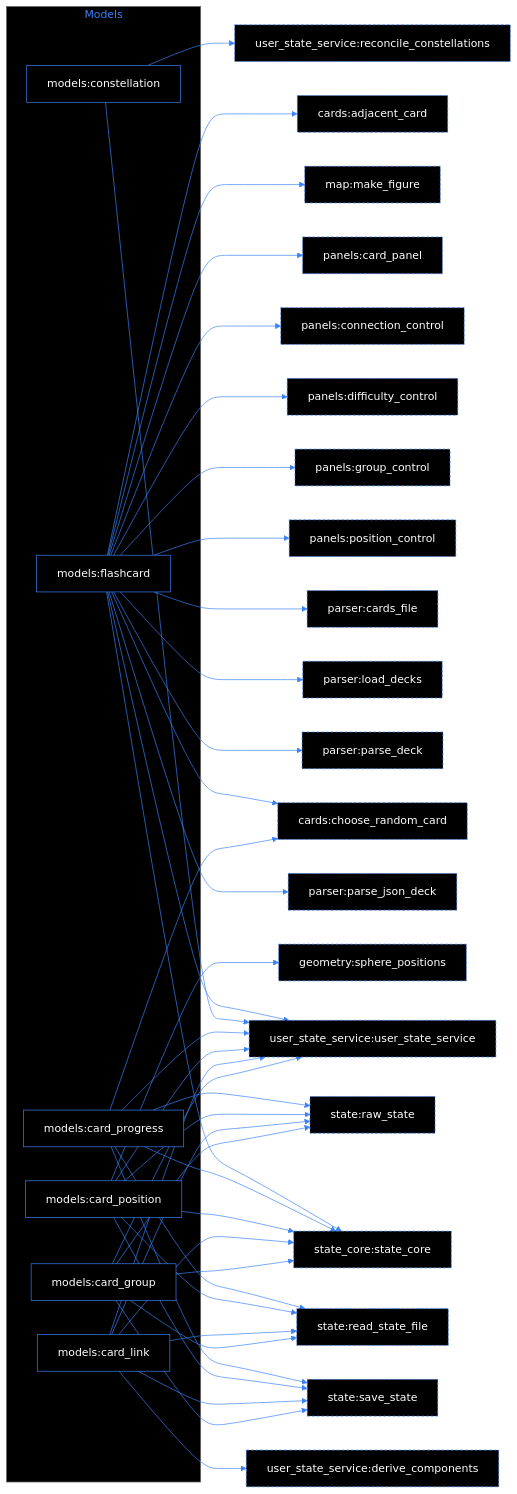
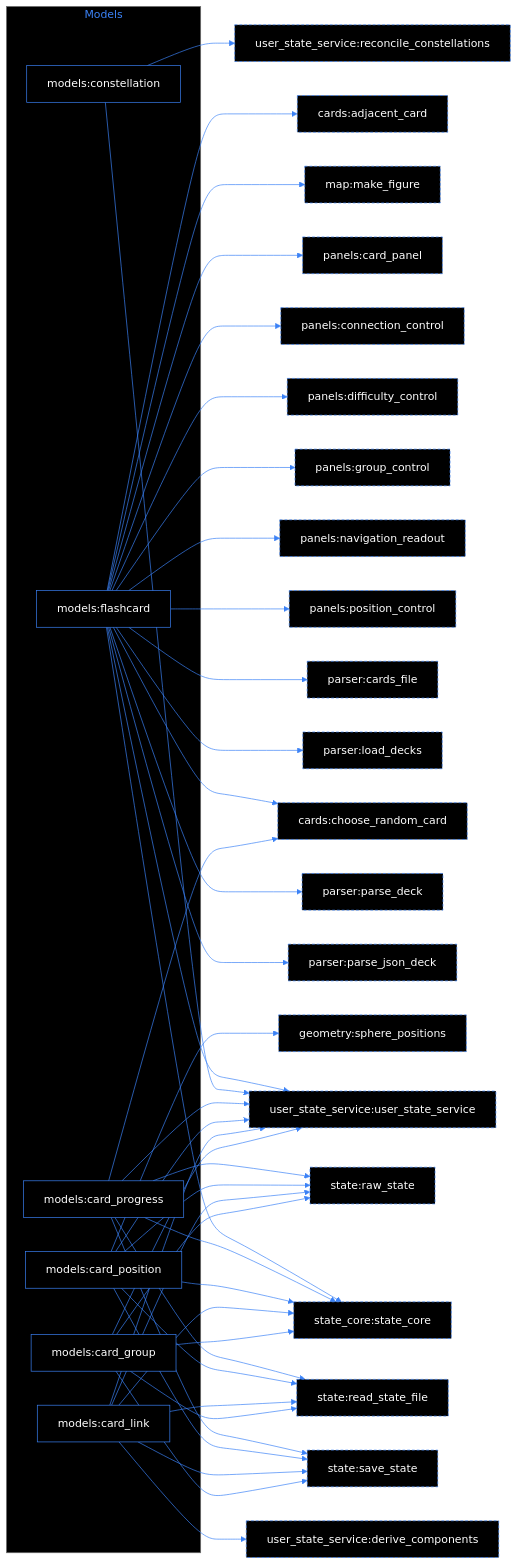
Before and after one commit to ArtjomAdamow/Fennelkernel-flashcards: the ninth of 10 diagrams in INDEX.md, drawn with Mermaid (neutral theme). The commit also changed other lines of this file and 40 other files, not shown here.

````diff
--- a/INDEX.md
+++ b/INDEX.md
@@ -866,77 +894,79 @@
 ```mermaid
 graph LR
     %% arrow A --> B: B uses A; dashed = component of another section
     %% dashed arrow A -.-> B: transitive relation (data flow through module-level variables)
     classDef ext stroke: #3b82f6,stroke-dasharray: 4 3
     linkStyle default stroke: #3b82f6, color: #3b82f6
     classDef default fill: #000000ff, stroke: #3b82f6, color: #ffffffff
 
     subgraph sg_section_7["Models"]
         n_models_constellation["models:constellation"]
         n_models_flashcard["models:flashcard"]
         n_models_card_position["models:card_position"]
         n_models_card_progress["models:card_progress"]
         n_models_card_group["models:card_group"]
         n_models_card_link["models:card_link"]
     end
     style sg_section_7 color: #3b82f6, fill: #000000ff
     n_cards_adjacent_card["cards:adjacent_card"]:::ext
     n_cards_choose_random_card["cards:choose_random_card"]:::ext
     n_geometry_sphere_positions["geometry:sphere_positions"]:::ext
     n_map_make_figure["map:make_figure"]:::ext
     n_panels_card_panel["panels:card_panel"]:::ext
     n_panels_connection_control["panels:connection_control"]:::ext
     n_panels_difficulty_control["panels:difficulty_control"]:::ext
     n_panels_group_control["panels:group_control"]:::ext
+    n_panels_navigation_readout["panels:navigation_readout"]:::ext
     n_panels_position_control["panels:position_control"]:::ext
     n_parser_cards_file["parser:cards_file"]:::ext
     n_parser_load_decks["parser:load_decks"]:::ext
     n_parser_parse_deck["parser:parse_deck"]:::ext
     n_parser_parse_json_deck["parser:parse_json_deck"]:::ext
     n_state_raw_state["state:raw_state"]:::ext
     n_state_read_state_file["state:read_state_file"]:::ext
     n_state_save_state["state:save_state"]:::ext
     n_state_core_state_core["state_core:state_core"]:::ext
     n_user_state_service_derive_components["user_state_service:derive_components"]:::ext
     n_user_state_service_reconcile_constellations["user_state_service:reconcile_constellations"]:::ext
     n_user_state_service_user_state_service["user_state_service:user_state_service"]:::ext
     n_models_card_group --> n_state_raw_state
     n_models_card_group --> n_state_read_state_file
     n_models_card_group --> n_state_save_state
     n_models_card_group --> n_state_core_state_core
     n_models_card_group --> n_user_state_service_user_state_service
     n_models_card_link --> n_state_raw_state
     n_models_card_link --> n_state_read_state_file
     n_models_card_link --> n_state_save_state
     n_models_card_link --> n_state_core_state_core
     n_models_card_link --> n_user_state_service_derive_components
     n_models_card_link --> n_user_state_service_user_state_service
     n_models_card_position --> n_geometry_sphere_positions
     n_models_card_position --> n_state_raw_state
     n_models_card_position --> n_state_read_state_file
     n_models_card_position --> n_state_save_state
     n_models_card_position --> n_state_core_state_core
     n_models_card_position --> n_user_state_service_user_state_service
     n_models_card_progress --> n_cards_choose_random_card
     n_models_card_progress --> n_state_raw_state
     n_models_card_progress --> n_state_read_state_file
     n_models_card_progress --> n_state_save_state
     n_models_card_progress --> n_state_core_state_core
     n_models_card_progress --> n_user_state_service_user_state_service
     n_models_constellation --> n_user_state_service_reconcile_constellations
     n_models_constellation --> n_user_state_service_user_state_service
     n_models_flashcard --> n_cards_adjacent_card
     n_models_flashcard --> n_cards_choose_random_card
     n_models_flashcard --> n_map_make_figure
     n_models_flashcard --> n_panels_card_panel
     n_models_flashcard --> n_panels_connection_control
     n_models_flashcard --> n_panels_difficulty_control
     n_models_flashcard --> n_panels_group_control
+    n_models_flashcard --> n_panels_navigation_readout
     n_models_flashcard --> n_panels_position_control
     n_models_flashcard --> n_parser_cards_file
     n_models_flashcard --> n_parser_load_decks
     n_models_flashcard --> n_parser_parse_deck
     n_models_flashcard --> n_parser_parse_json_deck
     n_models_flashcard --> n_state_core_state_core
     n_models_flashcard --> n_user_state_service_user_state_service
 ```
````
